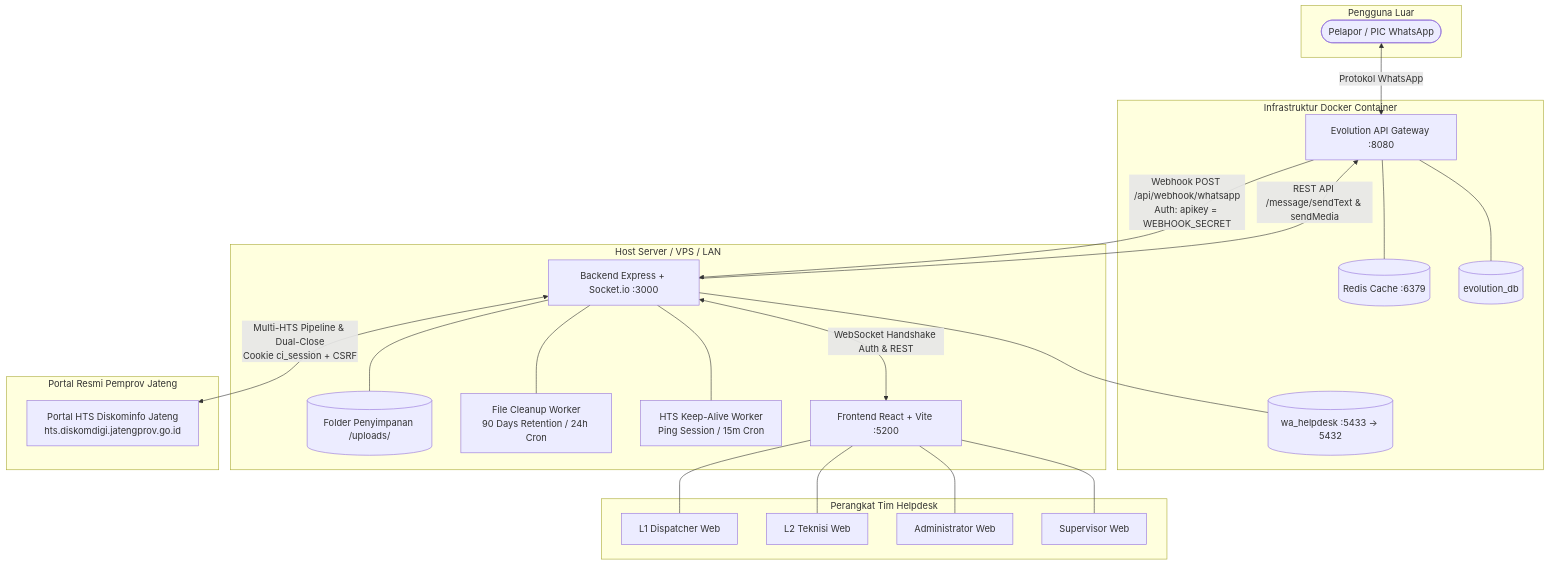
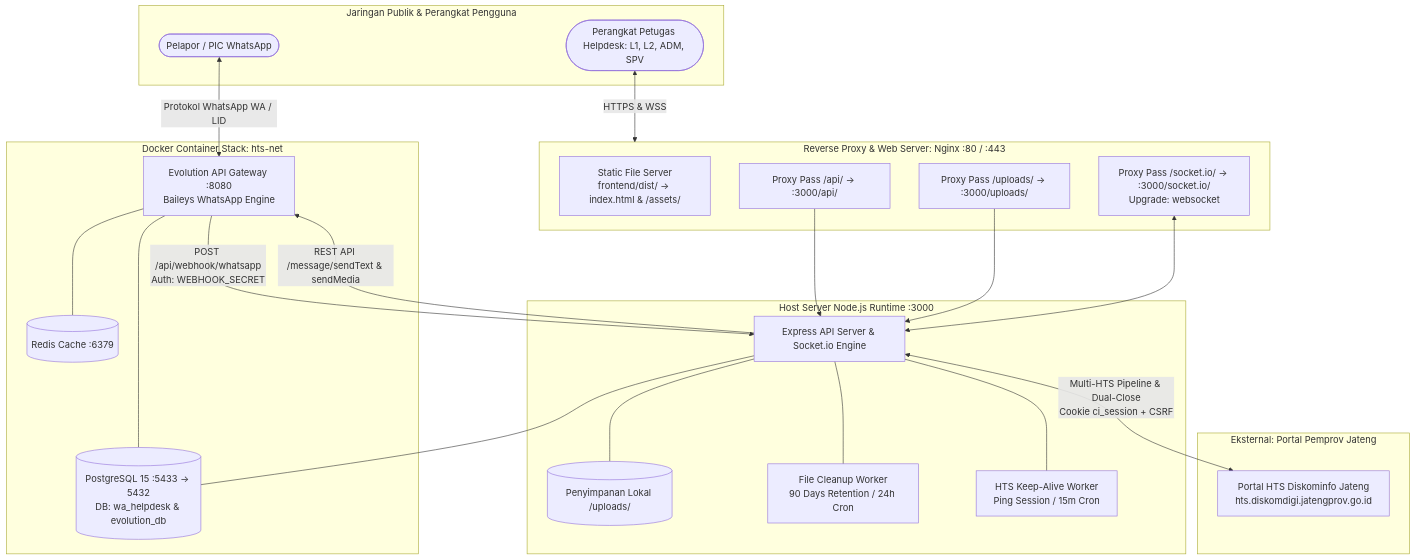
Before and after one commit to llaurensius/hts-chat-integration: the first of 5 diagrams in docs/Architecture.md, drawn with Mermaid. The commit also changed other lines of this file and 7 other files, not shown here.

Commit message:
docs: add comprehensive technical documentation and system architecture summaries

````diff
--- a/docs/Architecture.md
+++ b/docs/Architecture.md
@@ -37,49 +29,47 @@
 ```mermaid
-flowchart TD
-    subgraph Pengguna Luar
+flowchart TB
+    subgraph Publik [Jaringan Publik & Perangkat Pengguna]
         PIC([Pelapor / PIC WhatsApp])
+        STAFF([Perangkat Petugas Helpdesk: L1, L2, ADM, SPV])
     end
 
-    subgraph Docker [Infrastruktur Docker Container]
-        EVO[Evolution API Gateway :8080]
-        REDIS[(Redis Cache :6379)]
-        PG_EVO[(evolution_db)]
-        PG_HTS[(wa_helpdesk :5433 -> 5432)]
-        EVO --- REDIS
-        EVO --- PG_EVO
+    subgraph NGINX_LAYER [Reverse Proxy & Web Server: Nginx :80 / :443]
+        NG_STATIC[Static File Server<br/>frontend/dist/ -> index.html & /assets/]
+        NG_API[Proxy Pass /api/ -> :3000/api/]
+        NG_UPLOADS[Proxy Pass /uploads/ -> :3000/uploads/]
+        NG_SOCK[Proxy Pass /socket.io/ -> :3000/socket.io/<br/>Upgrade: websocket]
     end
 
-    subgraph Host [Host Server / VPS / LAN]
-        BE[Backend Express + Socket.io :3000]
-        UPLOADS[(Folder Penyimpanan /uploads/)]
+    subgraph DOCKER_STACK [Docker Container Stack: hts-net]
+        EVO[Evolution API Gateway :8080<br/>Baileys WhatsApp Engine]
+        REDIS[(Redis Cache :6379)]
+        PG[(PostgreSQL 15 :5433 -> 5432<br/>DB: wa_helpdesk & evolution_db)]
+        EVO --- REDIS
+        EVO --- PG
+    end
+
+    subgraph HOST_NODE [Host Server Node.js Runtime :3000]
+        BE[Express API Server & Socket.io Engine]
+        UPLOADS_FS[(Penyimpanan Lokal /uploads/)]
         WORKER_CLEANUP[File Cleanup Worker<br/>90 Days Retention / 24h Cron]
         WORKER_KEEPALIVE[HTS Keep-Alive Worker<br/>Ping Session / 15m Cron]
-        FE[Frontend React + Vite :5200]
         
-        BE --- PG_HTS
-        BE --- UPLOADS
+        BE --- PG
+        BE --- UPLOADS_FS
         BE --- WORKER_CLEANUP
         BE --- WORKER_KEEPALIVE
-        BE <-->|WebSocket Handshake Auth & REST| FE
     end
 
-    subgraph Eksternal [Portal Resmi Pemprov Jateng]
+    subgraph PORTAL_HTS [Eksternal: Portal Pemprov Jateng]
         HTS_SRV[Portal HTS Diskominfo Jateng<br/>hts.diskomdigi.jatengprov.go.id]
     end
 
-    subgraph Tim [Perangkat Tim Helpdesk]
-        L1_UI[L1 Dispatcher Web]
-        L2_UI[L2 Teknisi Web]
-        ADM_UI[Administrator Web]
-        SPV_UI[Supervisor Web]
-        FE --- L1_UI
-        FE --- L2_UI
-        FE --- ADM_UI
-        FE --- SPV_UI
-    end
-
-    PIC <-->|Protokol WhatsApp| EVO
-    EVO -->|Webhook POST /api/webhook/whatsapp<br/>Auth: apikey = WEBHOOK_SECRET| BE
+    PIC <-->|Protokol WhatsApp WA / LID| EVO
+    STAFF <-->|HTTPS & WSS| NGINX_LAYER
+    NG_API --> BE
+    NG_UPLOADS --> BE
+    NG_SOCK <--> BE
+    EVO -->|POST /api/webhook/whatsapp<br/>Auth: WEBHOOK_SECRET| BE
     BE -->|REST API /message/sendText & sendMedia| EVO
     BE <-->|Multi-HTS Pipeline & Dual-Close<br/>Cookie ci_session + CSRF| HTS_SRV
 ```
````
